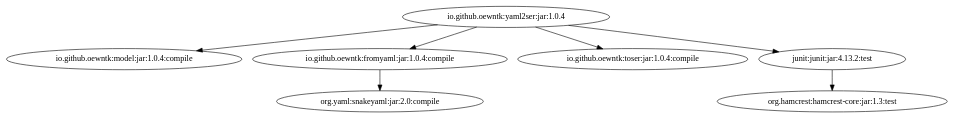
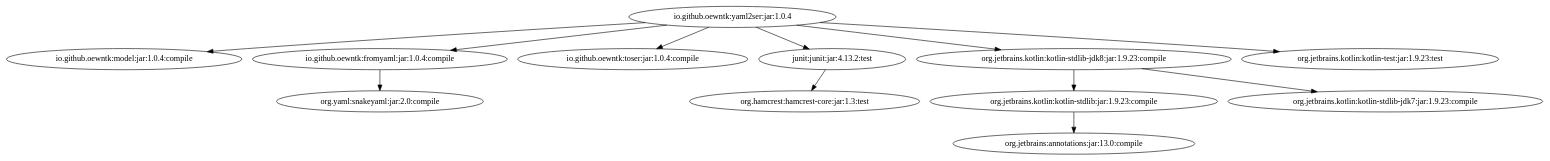
One commit to oewntk/grind_yaml2ser changed the diagram in images/grind-yaml2ser.dot. Above: the diagram before and after it, drawn with Graphviz. The commit also changed 1 other file, not shown here.

Commit message:
fromyaml to kotlin

```diff
--- a/images/grind-yaml2ser.dot
+++ b/images/grind-yaml2ser.dot
@@ -1,8 +1,13 @@
 digraph "io.github.oewntk:yaml2ser:jar:1.0.4" { 
 	"io.github.oewntk:yaml2ser:jar:1.0.4" -> "io.github.oewntk:model:jar:1.0.4:compile" ; 
 	"io.github.oewntk:yaml2ser:jar:1.0.4" -> "io.github.oewntk:fromyaml:jar:1.0.4:compile" ; 
 	"io.github.oewntk:yaml2ser:jar:1.0.4" -> "io.github.oewntk:toser:jar:1.0.4:compile" ; 
 	"io.github.oewntk:yaml2ser:jar:1.0.4" -> "junit:junit:jar:4.13.2:test" ; 
+	"io.github.oewntk:yaml2ser:jar:1.0.4" -> "org.jetbrains.kotlin:kotlin-stdlib-jdk8:jar:1.9.23:compile" ; 
+	"io.github.oewntk:yaml2ser:jar:1.0.4" -> "org.jetbrains.kotlin:kotlin-test:jar:1.9.23:test" ; 
 	"io.github.oewntk:fromyaml:jar:1.0.4:compile" -> "org.yaml:snakeyaml:jar:2.0:compile" ; 
 	"junit:junit:jar:4.13.2:test" -> "org.hamcrest:hamcrest-core:jar:1.3:test" ; 
+	"org.jetbrains.kotlin:kotlin-stdlib-jdk8:jar:1.9.23:compile" -> "org.jetbrains.kotlin:kotlin-stdlib:jar:1.9.23:compile" ; 
+	"org.jetbrains.kotlin:kotlin-stdlib-jdk8:jar:1.9.23:compile" -> "org.jetbrains.kotlin:kotlin-stdlib-jdk7:jar:1.9.23:compile" ; 
+	"org.jetbrains.kotlin:kotlin-stdlib:jar:1.9.23:compile" -> "org.jetbrains:annotations:jar:13.0:compile" ; 
  } 
```
